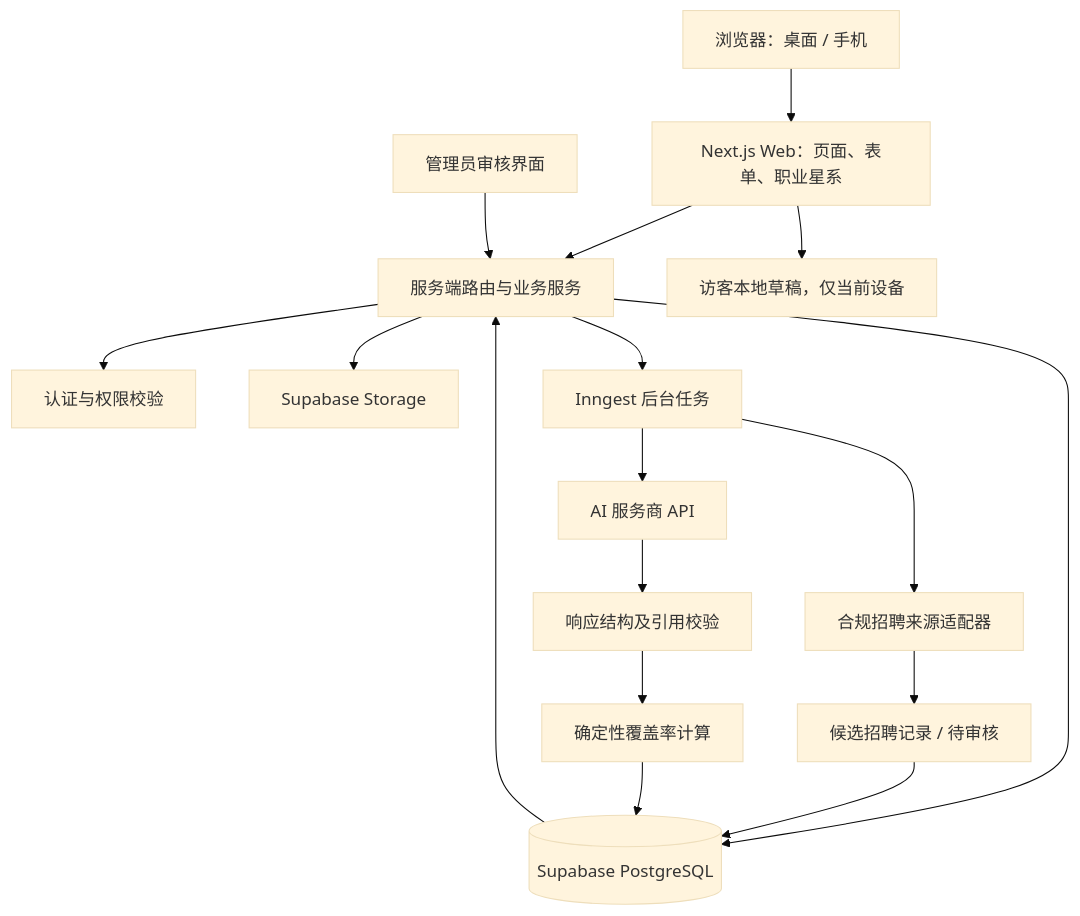
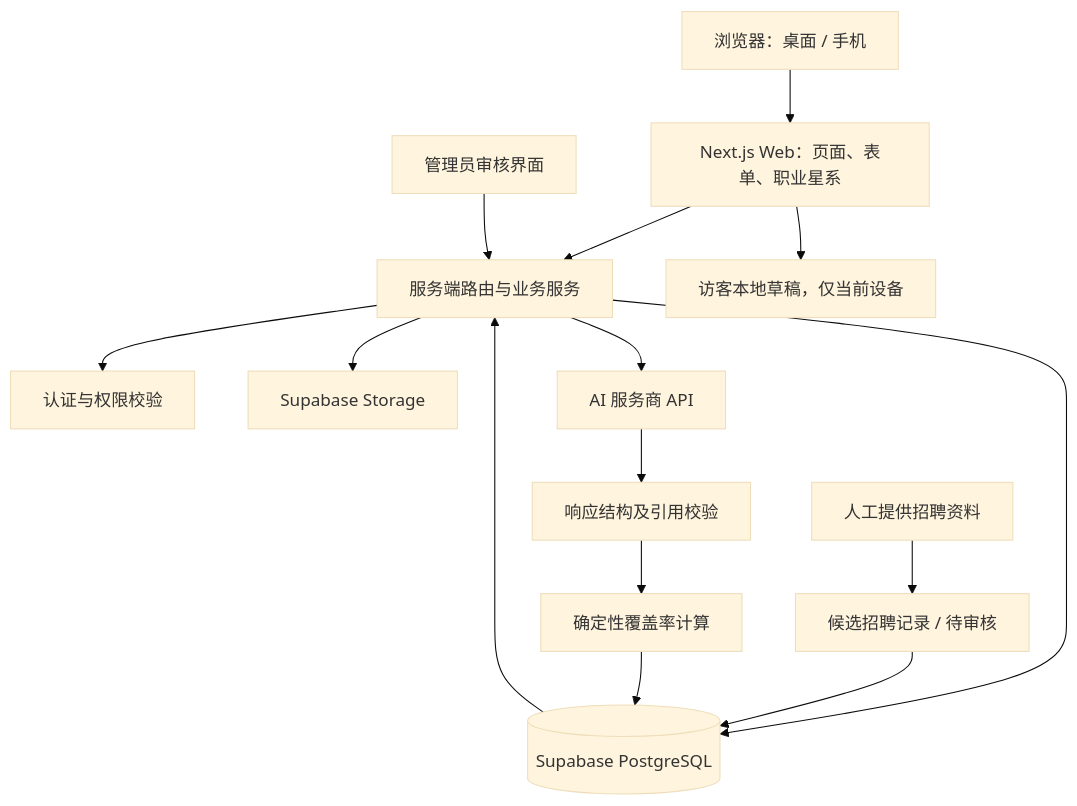
One commit to zhangyue2029-cmd/our_website changed the diagram in memory-bank/tech-stack.md. Above: the diagram before and after it, drawn with Mermaid (base theme). The commit also changed other lines of this file and 4 other files, not shown here.

````diff
--- a/memory-bank/tech-stack.md
+++ b/memory-bank/tech-stack.md
@@ -46,19 +46,17 @@
 ```mermaid
 flowchart TB
   B[浏览器：桌面 / 手机] --> W[Next.js Web：页面、表单、职业星系]
   W --> S[服务端路由与业务服务]
   W --> L[访客本地草稿，仅当前设备]
   S --> A[认证与权限校验]
   S --> DB[(Supabase PostgreSQL)]
   S --> FS[Supabase Storage]
-  S --> T[Inngest 后台任务]
-  T --> J[合规招聘来源适配器]
-  T --> AI[AI 服务商 API]
-  J --> P[候选招聘记录 / 待审核]
+  S --> AI[AI 服务商 API]
+  J[人工提供招聘资料] --> P[候选招聘记录 / 待审核]
   P --> DB
   AI --> V[响应结构及引用校验]
   V --> C[确定性覆盖率计算]
   C --> DB
   DB --> S
   ADMIN[管理员审核界面] --> S
 ```
````
